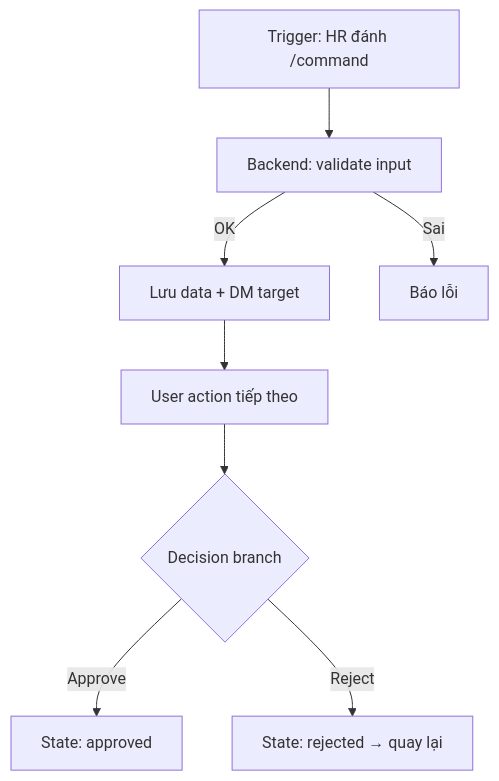
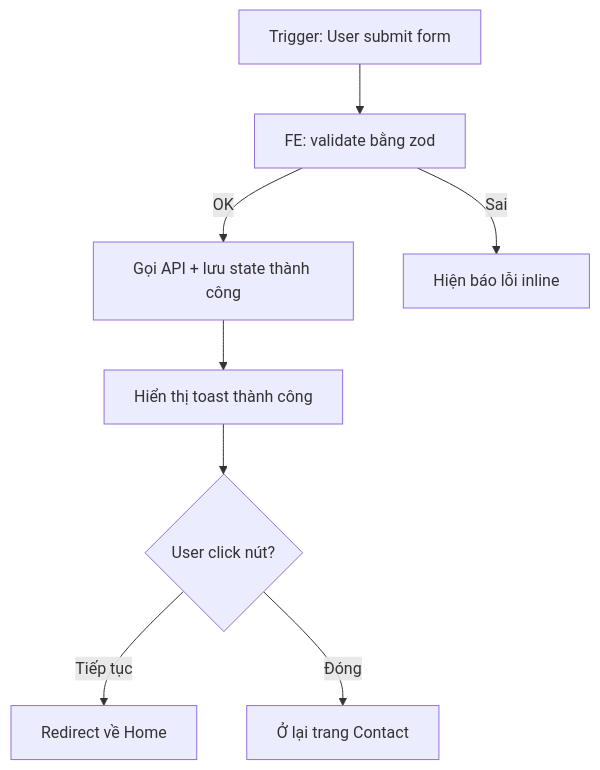
One commit to duongtrun/lifestylevn changed the diagram in agent/workflows/5-audit-logic.md. Above: the diagram before and after it, drawn with Mermaid. The commit also changed other lines of this file and 4 other files, not shown here.

````diff
--- a/agent/workflows/5-audit-logic.md
+++ b/agent/workflows/5-audit-logic.md
@@ -53,10 +53,10 @@
 ```mermaid
 graph TD
-    A["Trigger: HR đánh /command"] --> B["Backend: validate input"]
-    B -->|"OK"| C["Lưu data + DM target"]
-    B -->|"Sai"| D["Báo lỗi"]
-    C --> E["User action tiếp theo"]
-    E --> F{"Decision branch"}
-    F -->|"Approve"| G["State: approved"]
-    F -->|"Reject"| H["State: rejected → quay lại"]
+    A["Trigger: User submit form"] --> B["FE: validate bằng zod"]
+    B -->|"OK"| C["Gọi API + lưu state thành công"]
+    B -->|"Sai"| D["Hiện báo lỗi inline"]
+    C --> E["Hiển thị toast thành công"]
+    E --> F{"User click nút?"}
+    F -->|"Tiếp tục"| G["Redirect về Home"]
+    F -->|"Đóng"| H["Ở lại trang Contact"]
 ```
````
